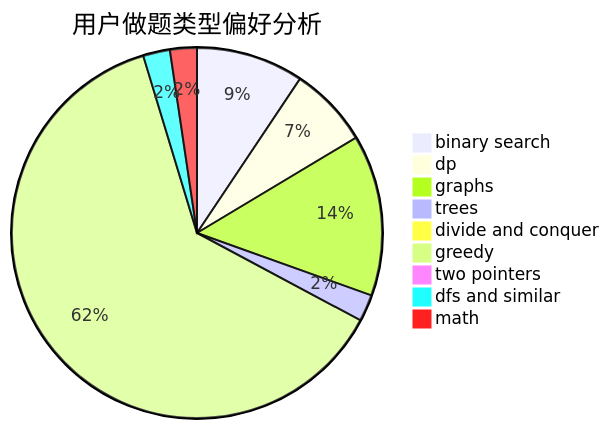
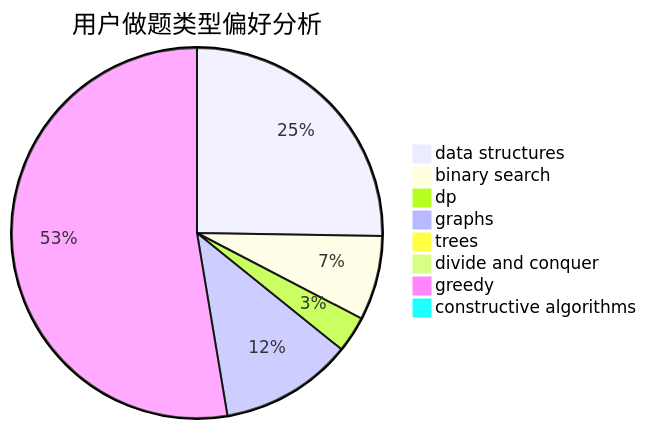
The second of 3 diagrams in docs/user/u1464.md (sherpahu/cfrs.github.io), drawn with Mermaid before and after one commit. The commit also changed other lines of this file and 2775 other files, not shown here.

````diff
--- a/docs/user/u1464.md
+++ b/docs/user/u1464.md
@@ -23,12 +23,11 @@
 ```mermaid
 pie title 用户做题类型偏好分析
-    "binary search" :  12
-    "dp" :  9
-    "graphs" :  18
-    "trees" :  3
-    "divide and conquer" :  1
-    "greedy" :  80
-    "two pointers" :  0
-    "dfs and similar" :  3
-    "math" :  3
+    "data structures" :  24
+    "binary search" :  7
+    "dp" :  3
+    "graphs" :  11
+    "trees" :  0
+    "divide and conquer" :  0
+    "greedy" :  50
+    "constructive algorithms" :  0
 ```
````
